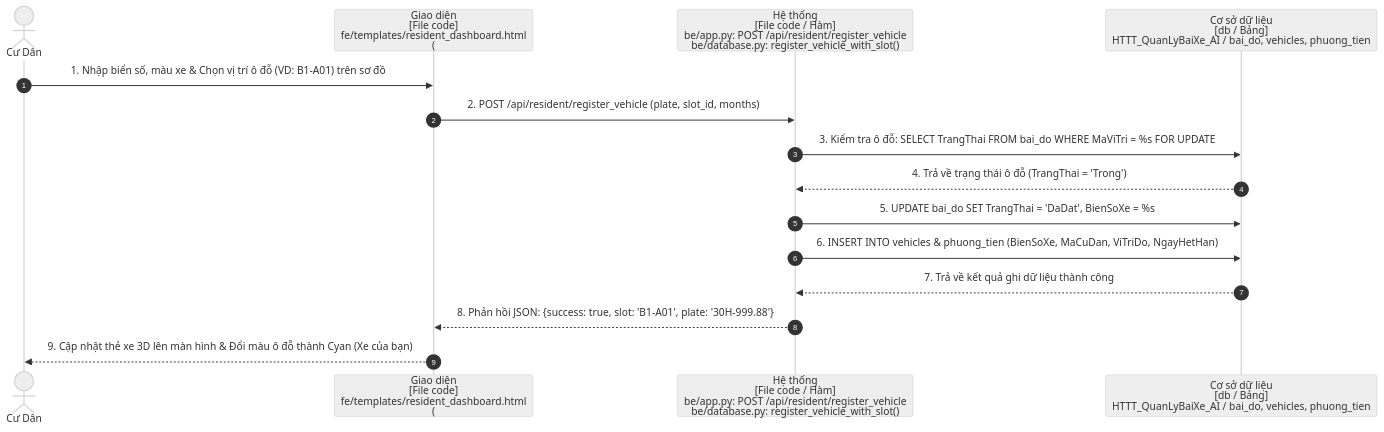
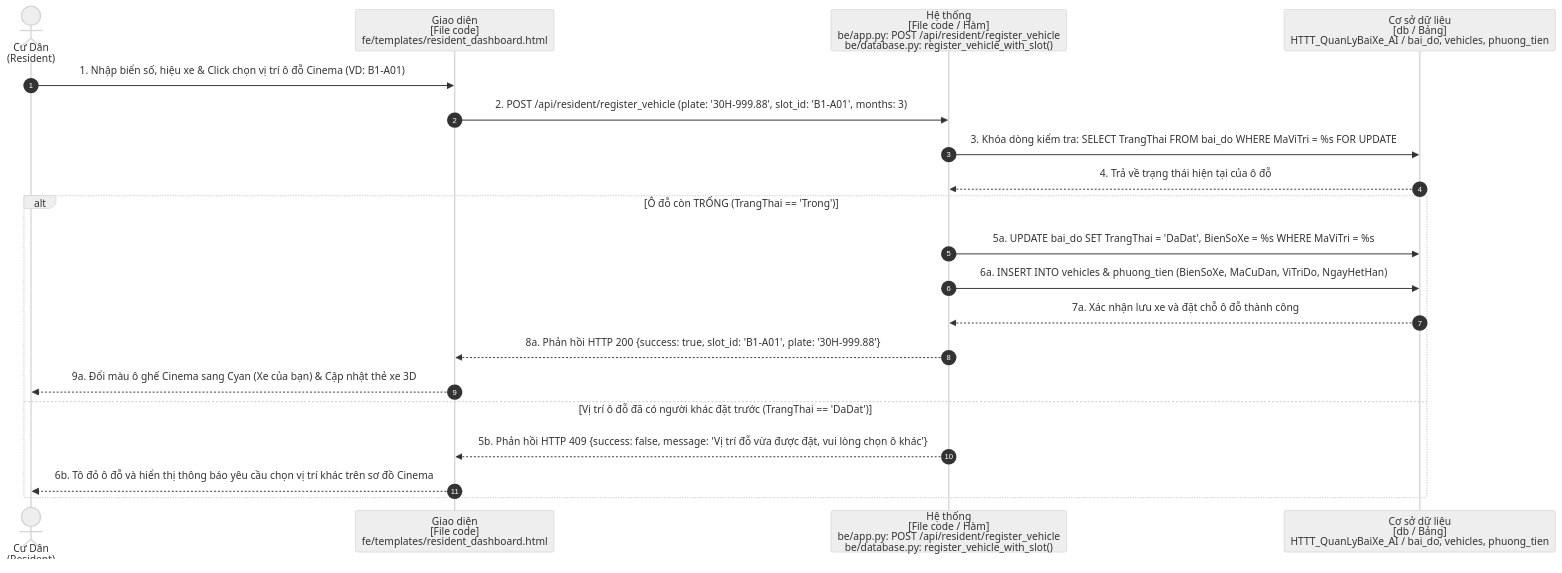
Before and after one commit to Truong027/CNPM24: the third of 9 diagrams in ongthanquoctruong_24CT2_cnpm/docs/SO_DO_TUAN_TU_CHI_TIET.md, drawn with Mermaid (neutral theme). The commit also changed other lines of this file and 26 other files, not shown here.

Commit message:
docs: update sequence diagrams with actor stick figures, alt frames, and grouped by actor

````diff
--- a/ongthanquoctruong_24CT2_cnpm/docs/SO_DO_TUAN_TU_CHI_TIET.md
+++ b/ongthanquoctruong_24CT2_cnpm/docs/SO_DO_TUAN_TU_CHI_TIET.md
@@ -111,18 +154,24 @@
 ```mermaid
 sequenceDiagram
     autonumber
-    actor Resident as Cư Dân
-    participant UI as Giao diện<br/>[File code]<br/>fe/templates/resident_dashboard.html<br/>(#registerVehicleModal, #cinemaModal)
+    actor Resident as Cư Dân<br/>(Resident)
+    participant UI as Giao diện<br/>[File code]<br/>fe/templates/resident_dashboard.html
     participant Sys as Hệ thống<br/>[File code / Hàm]<br/>be/app.py: POST /api/resident/register_vehicle<br/>be/database.py: register_vehicle_with_slot()
     participant DB as Cơ sở dữ liệu<br/>[db / Bảng]<br/>HTTT_QuanLyBaiXe_AI / bai_do, vehicles, phuong_tien
 
-    Resident->>UI: 1. Nhập biển số, màu xe & Chọn vị trí ô đỗ (VD: B1-A01) trên sơ đồ
-    UI->>Sys: 2. POST /api/resident/register_vehicle (plate, slot_id, months)
-    Sys->>DB: 3. Kiểm tra ô đỗ: SELECT TrangThai FROM bai_do WHERE MaViTri = %s FOR UPDATE
-    DB-->>Sys: 4. Trả về trạng thái ô đỗ (TrangThai = 'Trong')
-    Sys->>DB: 5. UPDATE bai_do SET TrangThai = 'DaDat', BienSoXe = %s
-    Sys->>DB: 6. INSERT INTO vehicles & phuong_tien (BienSoXe, MaCuDan, ViTriDo, NgayHetHan)
-    DB-->>Sys: 7. Trả về kết quả ghi dữ liệu thành công
-    Sys-->>UI: 8. Phản hồi JSON: {success: true, slot: 'B1-A01', plate: '30H-999.88'}
-    UI-->>Resident: 9. Cập nhật thẻ xe 3D lên màn hình & Đổi màu ô đỗ thành Cyan (Xe của bạn)
+    Resident->>UI: 1. Nhập biển số, hiệu xe & Click chọn vị trí ô đỗ Cinema (VD: B1-A01)
+    UI->>Sys: 2. POST /api/resident/register_vehicle (plate: '30H-999.88', slot_id: 'B1-A01', months: 3)
+    Sys->>DB: 3. Khóa dòng kiểm tra: SELECT TrangThai FROM bai_do WHERE MaViTri = %s FOR UPDATE
+    DB-->>Sys: 4. Trả về trạng thái hiện tại của ô đỗ
+
+    alt Ô đỗ còn TRỐNG (TrangThai == 'Trong')
+        Sys->>DB: 5a. UPDATE bai_do SET TrangThai = 'DaDat', BienSoXe = %s WHERE MaViTri = %s
+        Sys->>DB: 6a. INSERT INTO vehicles & phuong_tien (BienSoXe, MaCuDan, ViTriDo, NgayHetHan)
+        DB-->>Sys: 7a. Xác nhận lưu xe và đặt chỗ ô đỗ thành công
+        Sys-->>UI: 8a. Phản hồi HTTP 200 {success: true, slot_id: 'B1-A01', plate: '30H-999.88'}
+        UI-->>Resident: 9a. Đổi màu ô ghế Cinema sang Cyan (Xe của bạn) & Cập nhật thẻ xe 3D
+    else Vị trí ô đỗ đã có người khác đặt trước (TrangThai == 'DaDat')
+        Sys-->>UI: 5b. Phản hồi HTTP 409 {success: false, message: 'Vị trí đỗ vừa được đặt, vui lòng chọn ô khác'}
+        UI-->>Resident: 6b. Tô đỏ ô đỗ và hiển thị thông báo yêu cầu chọn vị trí khác trên sơ đồ Cinema
+    end
 ```
````
